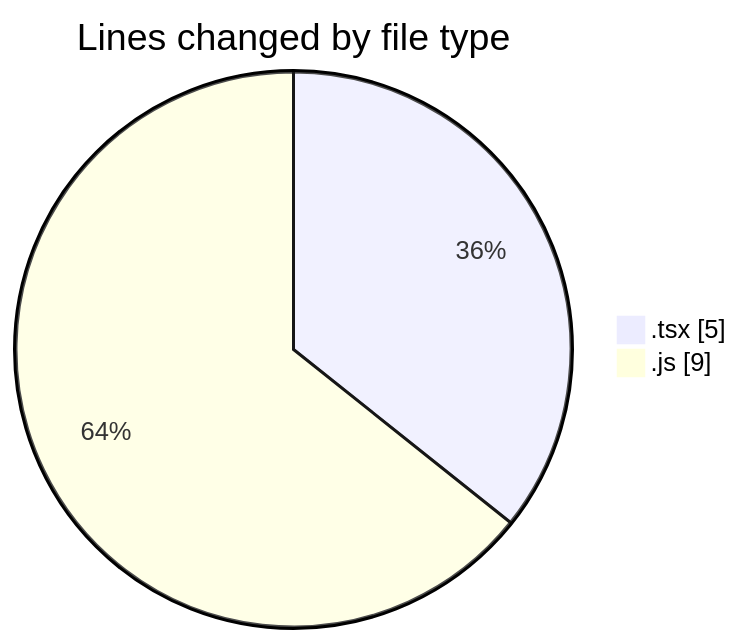
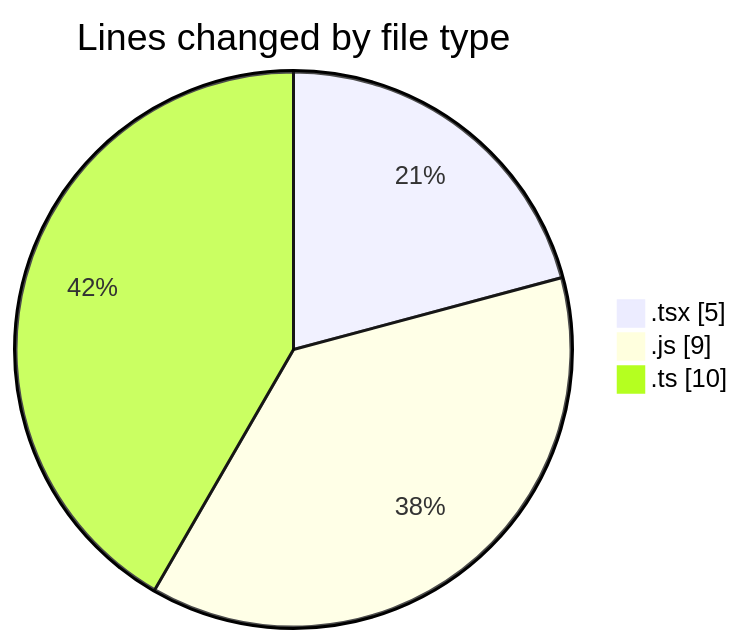
The first of 2 diagrams in 2025-04-11/product-page/README.md (Elitesun/code-tracking), drawn with Mermaid before and after one commit. The commit also changed other lines of this file and 1 other file, not shown here.

````diff
--- a/2025-04-11/product-page/README.md
+++ b/2025-04-11/product-page/README.md
@@ -21,6 +22,7 @@
 ```mermaid
 pie showData
 title Lines changed by file type
 ".tsx" : 5
 ".js" : 9
+".ts" : 10
 ```
````
